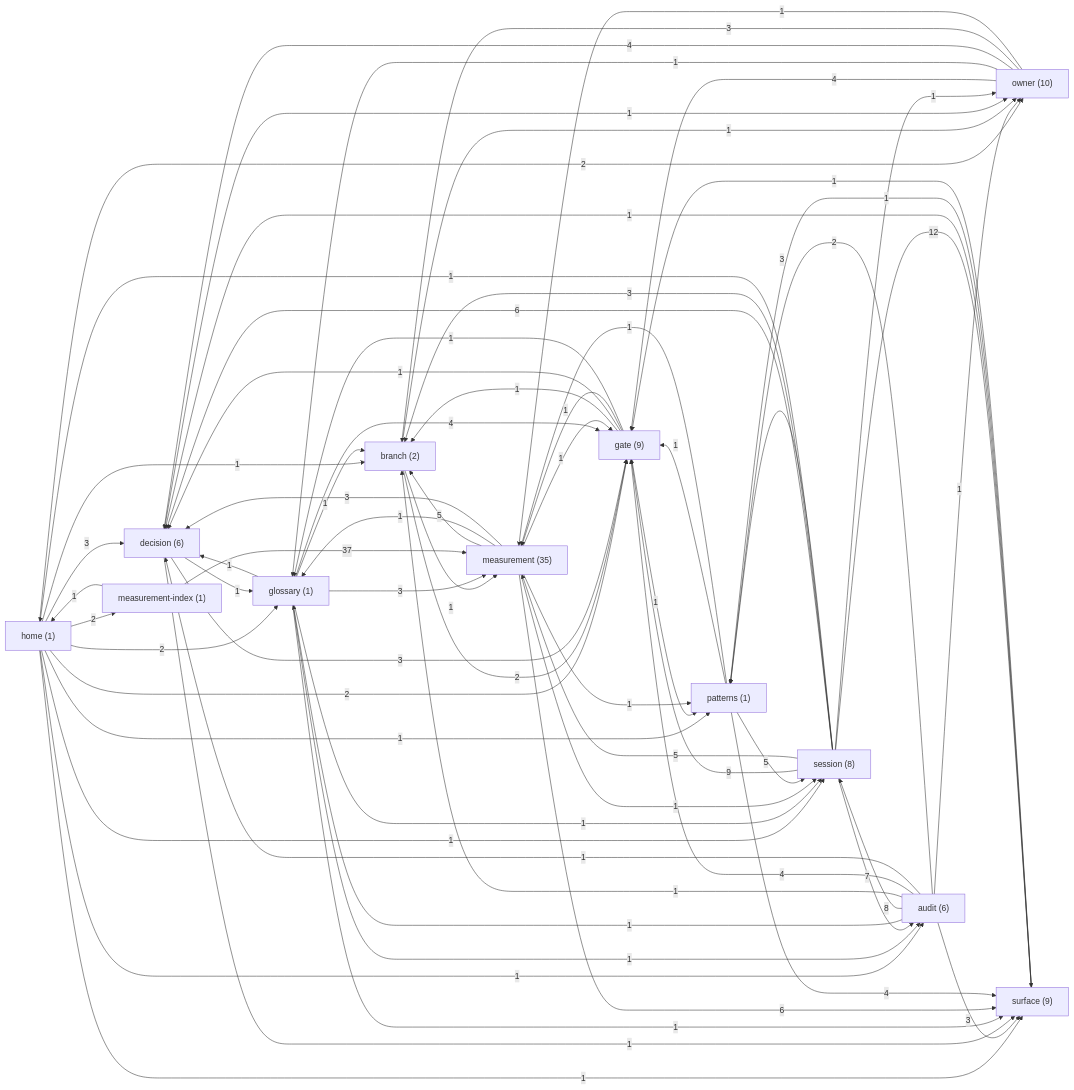
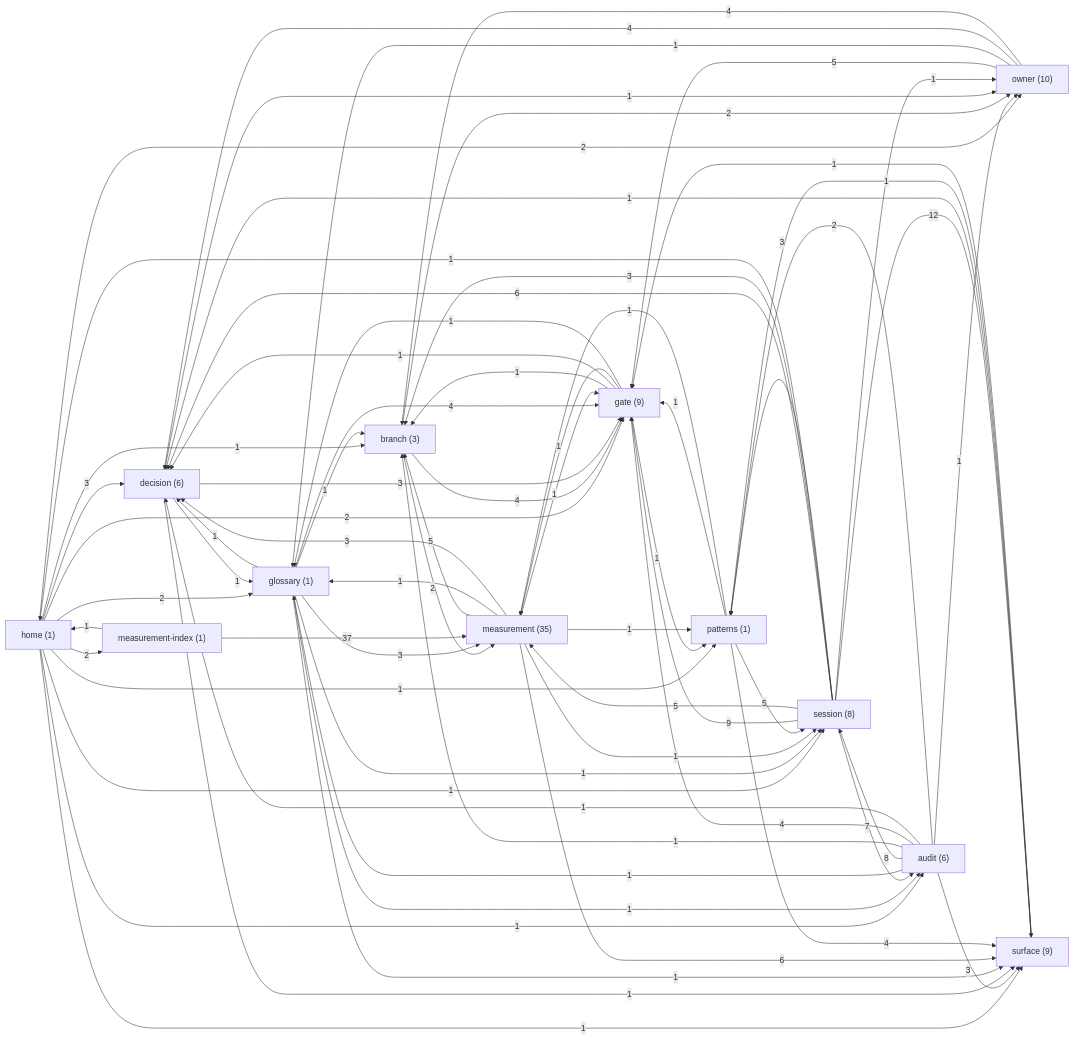
One commit to sergey9519546/STORYMACHINE changed the diagram in docs/brain/GRAPH.md. Above: the diagram before and after it, drawn with Mermaid. The commit also changed other lines of this file and 6 other files, not shown here.

````diff
--- a/docs/brain/GRAPH.md
+++ b/docs/brain/GRAPH.md
@@ -9,82 +9,81 @@
 ```mermaid
 graph LR
   home["home (1)"]
   audit["audit (6)"]
-  branch["branch (2)"]
+  branch["branch (3)"]
   decision["decision (6)"]
   gate["gate (9)"]
   glossary["glossary (1)"]
   measurement["measurement (35)"]
   measurement_index["measurement-index (1)"]
   owner["owner (10)"]
   patterns["patterns (1)"]
   session["session (8)"]
   surface["surface (9)"]
   home -->|3| decision
   home -->|2| glossary
   home -->|2| gate
   home -->|2| measurement_index
   home -->|2| owner
   home -->|1| surface
   home -->|1| session
   home -->|1| audit
   home -->|1| branch
   home -->|1| patterns
   audit -->|1| glossary
   audit -->|8| session
   audit -->|1| branch
   audit -->|4| gate
   audit -->|1| decision
   audit -->|2| patterns
   audit -->|1| owner
   audit -->|3| surface
-  branch -->|1| measurement
-  branch -->|2| gate
-  branch -->|1| owner
+  branch -->|2| measurement
+  branch -->|4| gate
+  branch -->|2| owner
   decision -->|1| glossary
   decision -->|3| gate
   decision -->|1| surface
   decision -->|1| owner
   gate -->|1| branch
   gate -->|1| decision
   gate -->|1| measurement
   gate -->|1| patterns
   gate -->|1| glossary
   glossary -->|1| branch
   glossary -->|3| measurement
   glossary -->|1| surface
   glossary -->|4| gate
   glossary -->|1| session
   glossary -->|1| decision
   glossary -->|1| audit
   measurement -->|5| branch
   measurement -->|1| gate
   measurement -->|1| glossary
   measurement -->|1| session
   measurement -->|3| decision
   measurement -->|1| patterns
   measurement -->|6| surface
   measurement_index -->|1| home
   measurement_index -->|37| measurement
-  owner -->|4| gate
+  owner -->|5| gate
   owner -->|1| glossary
   owner -->|4| decision
-  owner -->|3| branch
-  owner -->|1| measurement
+  owner -->|4| branch
   patterns -->|5| session
   patterns -->|4| surface
   patterns -->|1| gate
   patterns -->|1| measurement
   session -->|9| gate
   session -->|7| audit
   session -->|5| measurement
   session -->|6| decision
   session -->|12| surface
   session -->|3| branch
   session -->|1| home
   session -->|3| patterns
   session -->|1| owner
   surface -->|1| decision
   surface -->|1| patterns
   surface -->|1| gate
 ```
````
